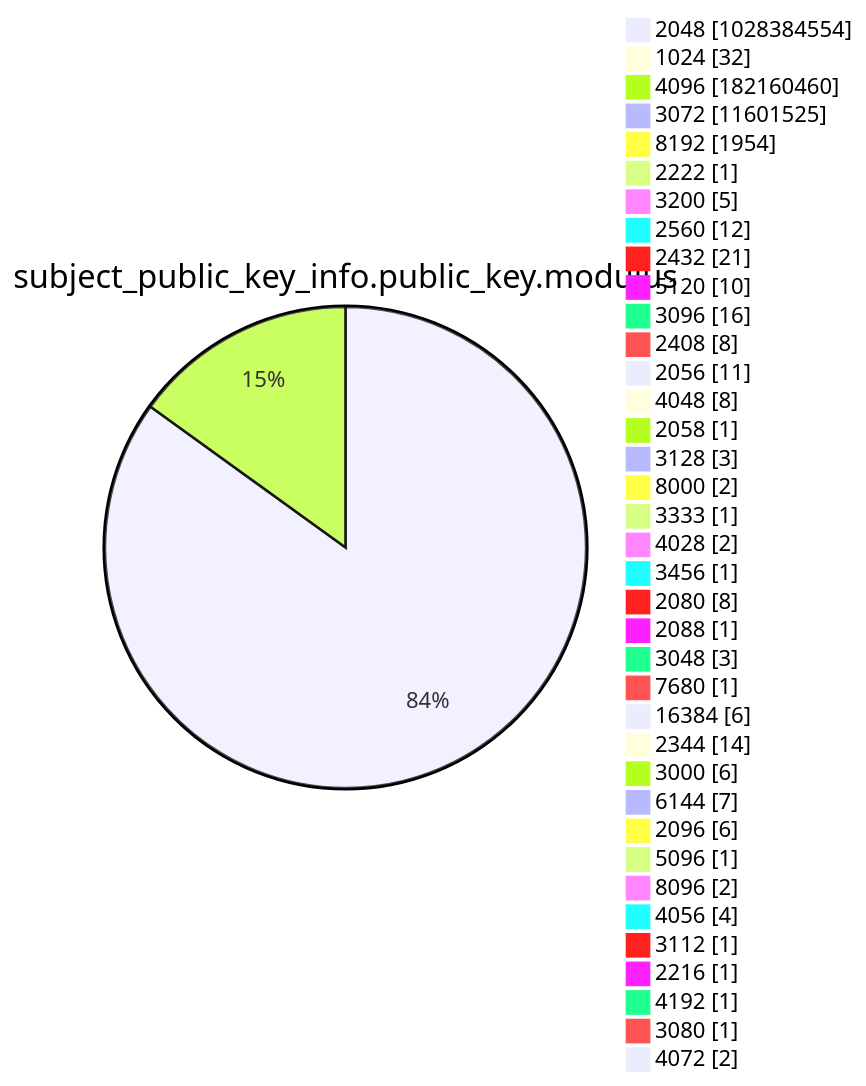
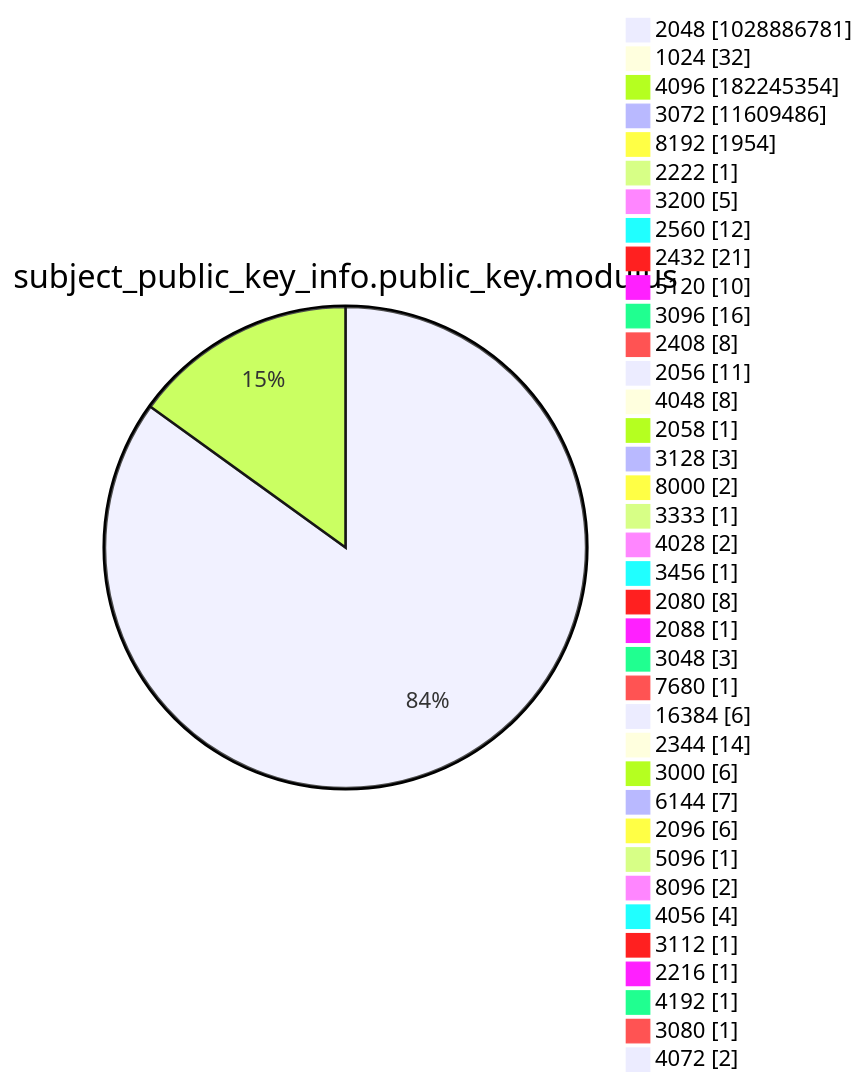
One commit to christiankrug/ctmonitor_visualization changed diagram 13 of 15 in argon2022/README.md. Above: the diagram before and after it, drawn with Mermaid. The commit also changed other lines of this file, not shown here.

````diff
--- a/argon2022/README.md
+++ b/argon2022/README.md
@@ -3588,41 +3588,41 @@
 ```mermaid
 pie showData
 title subject_public_key_info.public_key.modulus
-"2048" :1028384554
+"2048" :1028886781
 "1024" :32
-"4096" :182160460
-"3072" :11601525
+"4096" :182245354
+"3072" :11609486
 "8192" :1954
 "2222" :1
 "3200" :5
 "2560" :12
 "2432" :21
 "5120" :10
 "3096" :16
 "2408" :8
 "2056" :11
 "4048" :8
 "2058" :1
 "3128" :3
 "8000" :2
 "3333" :1
 "4028" :2
 "3456" :1
 "2080" :8
 "2088" :1
 "3048" :3
 "7680" :1
 "16384" :6
 "2344" :14
 "3000" :6
 "6144" :7
 "2096" :6
 "5096" :1
 "8096" :2
 "4056" :4
 "3112" :1
 "2216" :1
 "4192" :1
 "3080" :1
 "4072" :2
 ```
````
